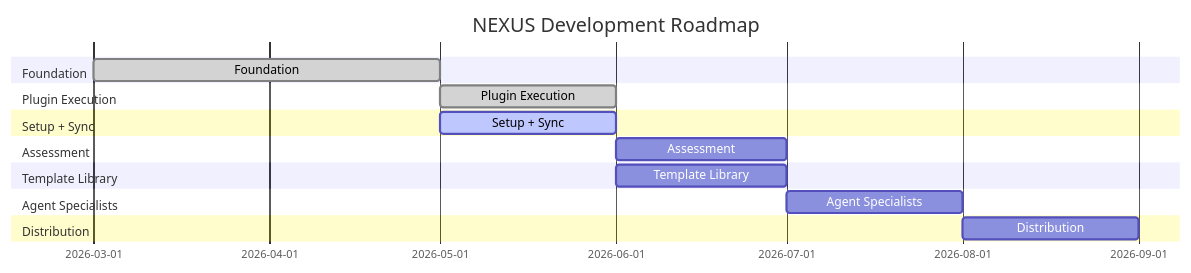
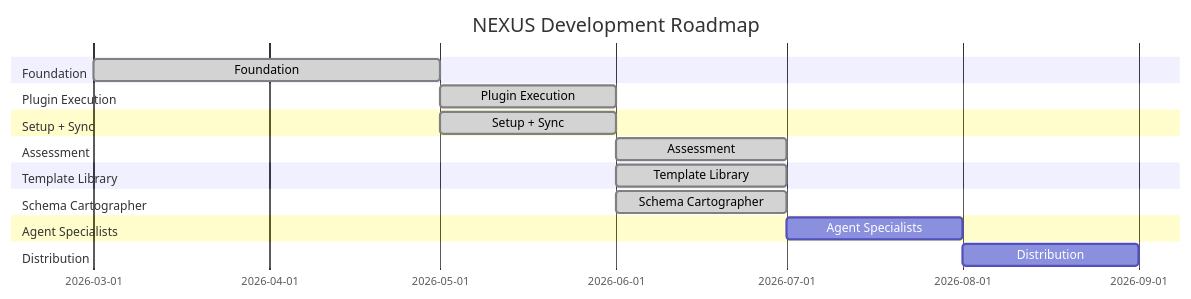
Before and after one commit to pierregrothe/nexus-sn: the second of 3 diagrams in README.md, drawn with Mermaid. The commit also changed other lines of this file and 1 other file, not shown here.

First line of the commit message:
docs(readme): document schema cartographer in roadmap and README

````diff
--- a/README.md
+++ b/README.md
@@ -92,19 +94,21 @@
 ```mermaid
 gantt
     title NEXUS Development Roadmap
     dateFormat YYYY-MM
     section Foundation
         Foundation                   :done, 2026-03, 2026-05
     section Plugin Execution
         Plugin Execution             :done, 2026-05, 2026-06
     section Setup + Sync
-        Setup + Sync                 :active, 2026-05, 2026-06
+        Setup + Sync                 :done, 2026-05, 2026-06
     section Assessment
-        Assessment                   : 2026-06, 2026-07
+        Assessment                   :done, 2026-06, 2026-07
     section Template Library
-        Template Library             : 2026-06, 2026-07
+        Template Library             :done, 2026-06, 2026-07
+    section Schema Cartographer
+        Schema Cartographer          :done, 2026-06, 2026-07
     section Agent Specialists
         Agent Specialists            : 2026-07, 2026-08
     section Distribution
         Distribution                 : 2026-08, 2026-09
 ```
````
